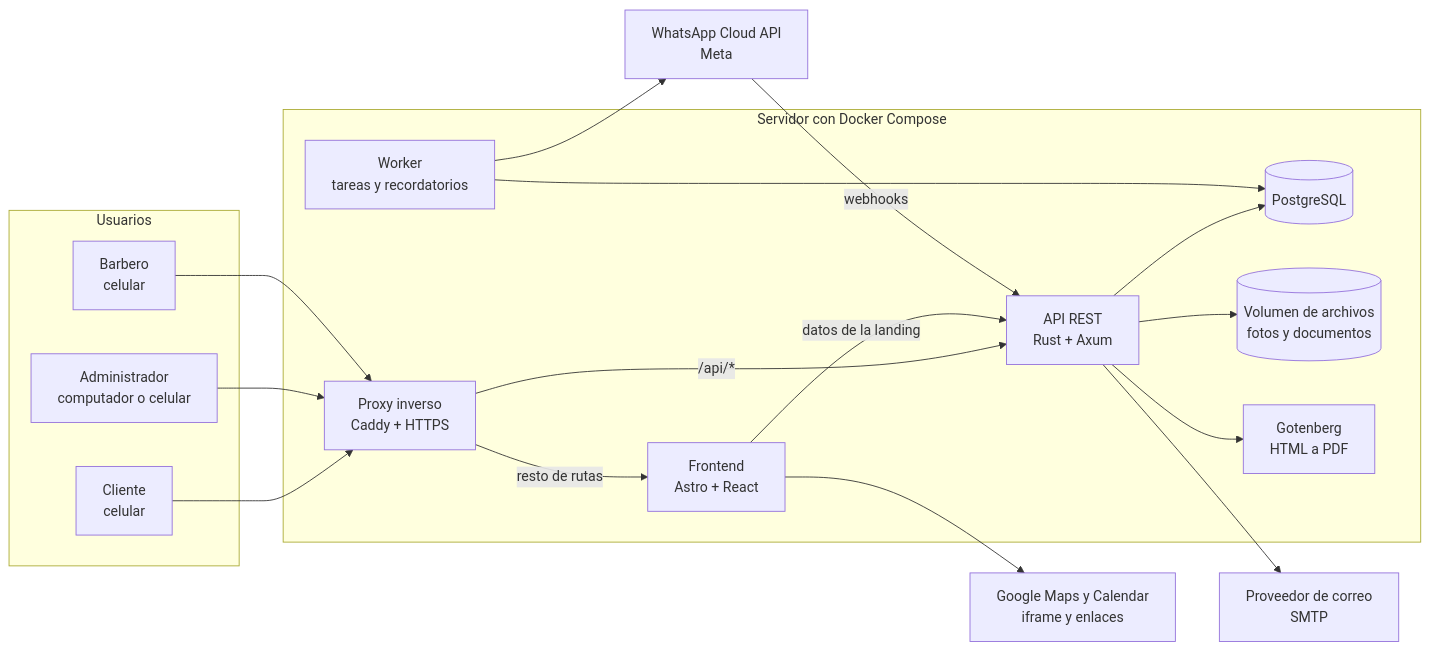
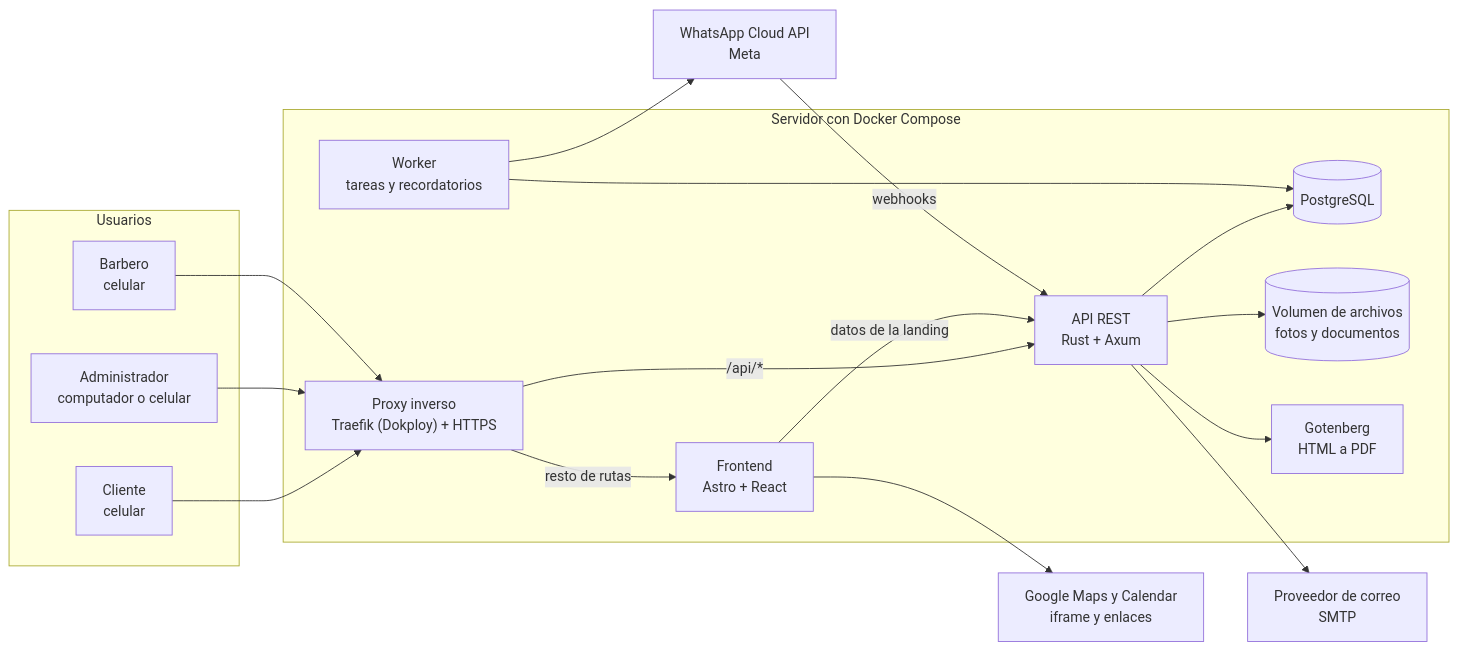
Before and after one commit to CokeinsZ/barberia-backend: the first of 2 diagrams in docs/documento-vision.md, drawn with Mermaid. The commit also changed other lines of this file and 29 other files, not shown here.

````diff
--- a/docs/documento-vision.md
+++ b/docs/documento-vision.md
@@ -315,34 +315,34 @@
 ```mermaid
 flowchart LR
     subgraph Usuarios
         C["Cliente<br/>celular"]
         A["Administrador<br/>computador o celular"]
         B["Barbero<br/>celular"]
     end
     subgraph Servidor [Servidor con Docker Compose]
-        P["Proxy inverso<br/>Caddy + HTTPS"]
+        P["Proxy inverso<br/>Traefik (Dokploy) + HTTPS"]
         W["Frontend<br/>Astro + React"]
         API["API REST<br/>Rust + Axum"]
         J["Worker<br/>tareas y recordatorios"]
         DB[("PostgreSQL")]
         S[("Volumen de archivos<br/>fotos y documentos")]
         PDF["Gotenberg<br/>HTML a PDF"]
     end
     WA["WhatsApp Cloud API<br/>Meta"]
     EM["Proveedor de correo<br/>SMTP"]
     GM["Google Maps y Calendar<br/>iframe y enlaces"]
     C --> P
     A --> P
     B --> P
     P -->|"resto de rutas"| W
     P -->|"/api/*"| API
     W -->|"datos de la landing"| API
     API --> DB
     API --> S
     API --> PDF
     J --> DB
     J --> WA
     WA -->|"webhooks"| API
     API --> EM
     W --> GM
 ```
````
